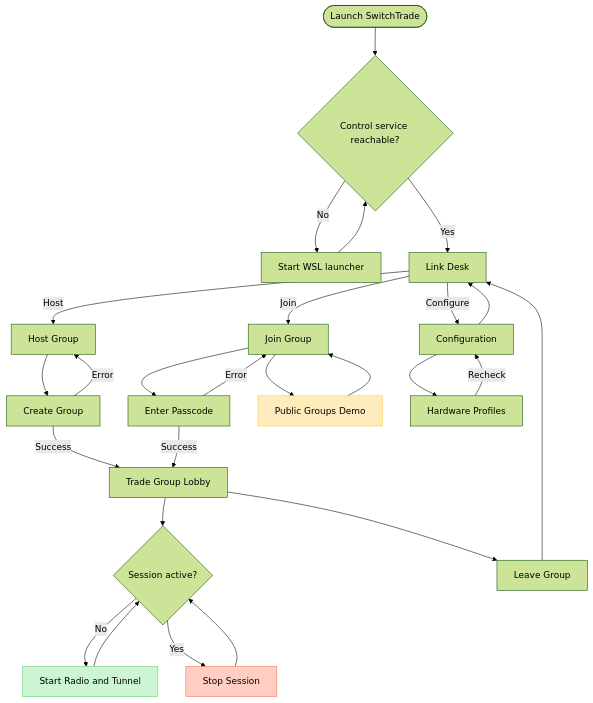
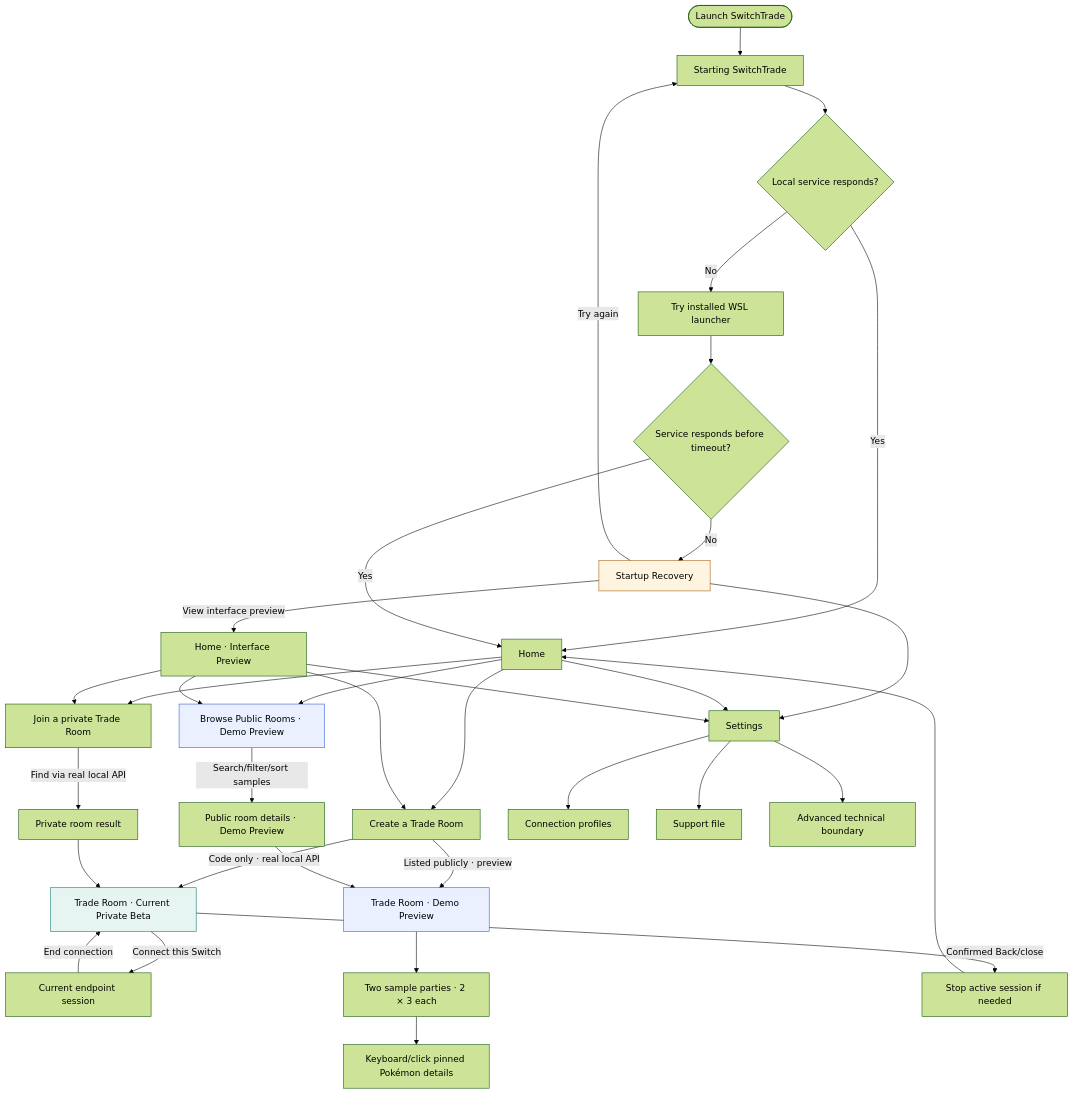
One commit to mwl313/mwl-SwitchTrade changed the first of 2 diagrams in docs/54-native-ui-flow-and-runtime-structure-20260825.md. Above: the diagram before and after it, drawn with Mermaid (forest theme). The commit also changed other lines of this file and 24 other files, not shown here.

Commit message:
feat: freeze beta UI and service contracts

````diff
--- a/docs/54-native-ui-flow-and-runtime-structure-20260825.md
+++ b/docs/54-native-ui-flow-and-runtime-structure-20260825.md
@@ -12,55 +14,47 @@
 ```mermaid
 flowchart TD
-    launch([Launch SwitchTrade])
-    backendCheck{Control service reachable?}
-    startBackend[Start WSL launcher]
-    main[Link Desk]
+    launch([Launch SwitchTrade]) --> startup[Starting SwitchTrade]
+    startup --> check{Local service responds?}
+    check -->|Yes| home[Home]
+    check -->|No| launcher[Try installed WSL launcher]
+    launcher --> retry{Service responds before timeout?}
+    retry -->|Yes| home
+    retry -->|No| recovery[Startup Recovery]
 
-    host[Host Group]
-    createGroup[Create Group]
-    join[Join Group]
-    joinPrivate[Enter Passcode]
-    publicDemo[Public Groups Demo]
-    configuration[Configuration]
-    profiles[Hardware Profiles]
+    recovery -->|Try again| startup
+    recovery --> settings[Settings]
+    recovery -->|View interface preview| previewHome[Home · Interface Preview]
 
-    lobby[Trade Group Lobby]
-    ready{Session active?}
-    startSession[Start Radio and Tunnel]
-    stopSession[Stop Session]
-    leaveGroup[Leave Group]
+    home --> create[Create a Trade Room]
+    home --> privateJoin[Join a private Trade Room]
+    home --> publicRooms[Browse Public Rooms · Demo Preview]
+    home --> settings
+    previewHome --> create
+    previewHome --> privateJoin
+    previewHome --> publicRooms
+    previewHome --> settings
 
-    launch --> backendCheck
-    backendCheck -->|"Yes"| main
-    backendCheck -->|"No"| startBackend
-    startBackend --> backendCheck
+    create -->|Code only · real local API| realRoom[Trade Room · Current Private Beta]
+    create -->|Listed publicly · preview| demoRoom[Trade Room · Demo Preview]
+    privateJoin -->|Find via real local API| roomPreview[Private room result]
+    roomPreview --> realRoom
+    publicRooms -->|Search/filter/sort samples| publicPreview[Public room details · Demo Preview]
+    publicPreview --> demoRoom
 
-    main -->|"Host"| host
-    host --> createGroup
-    createGroup -->|"Success"| lobby
-    createGroup -->|"Error"| host
+    realRoom -->|Connect this Switch| active[Current endpoint session]
+    active -->|End connection| realRoom
+    demoRoom --> party[Two sample parties · 2 × 3 each]
+    party --> details[Keyboard/click pinned Pokémon details]
 
-    main -->|"Join"| join
-    join --> joinPrivate
-    joinPrivate -->|"Success"| lobby
-    joinPrivate -->|"Error"| join
-    join --> publicDemo
-    publicDemo --> join
+    settings --> connection[Connection profiles]
+    settings --> support[Support file]
+    settings --> advanced[Advanced technical boundary]
 
-    main -->|"Configure"| configuration
-    configuration --> profiles
-    profiles -->|"Recheck"| configuration
-    configuration --> main
+    realRoom -->|Confirmed Back/close| stop[Stop active session if needed]
+    stop --> home
 
-    lobby --> ready
-    ready -->|"No"| startSession
-    startSession --> ready
-    ready -->|"Yes"| stopSession
-    stopSession --> ready
-    lobby --> leaveGroup
-    leaveGroup --> main
-
-    style publicDemo fill:#FFECBD,stroke:#FFC943
-    style startSession fill:#CDF4D3,stroke:#66D575
-    style stopSession fill:#FFCDC2,stroke:#FF7556
+    style publicRooms fill:#EAF0FF,stroke:#375BD2
+    style demoRoom fill:#EAF0FF,stroke:#375BD2
+    style realRoom fill:#E7F5F2,stroke:#0F766E
+    style recovery fill:#FFF4DF,stroke:#A45F0B
 ```
````
